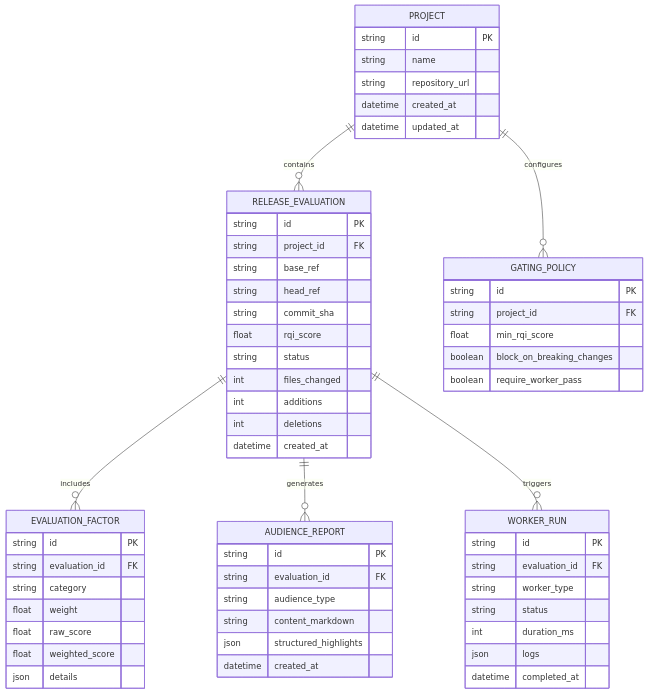
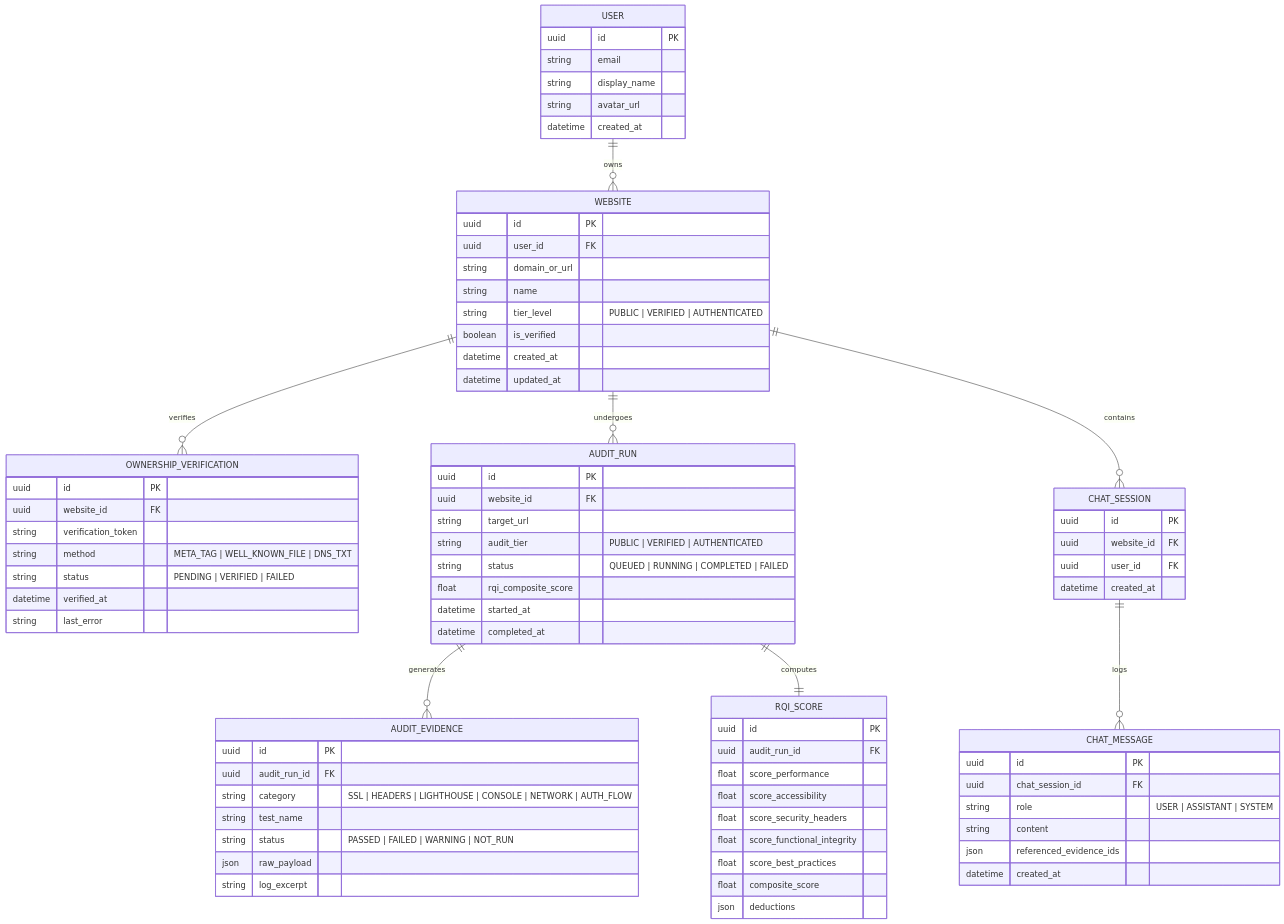
Before and after one commit to skandachandrashekar335-wq/ReleaseLens: the diagram in docs/DATA_MODEL.md, drawn with Mermaid. The commit also changed other lines of this file and 12 other files, not shown here.

Commit message:
docs: synchronize complete architecture and specs to cloud website auditing platform

````diff
--- a/docs/DATA_MODEL.md
+++ b/docs/DATA_MODEL.md
@@ -10,67 +10,88 @@
 ```mermaid
 erDiagram
-    PROJECT ||--o{ RELEASE_EVALUATION : contains
-    RELEASE_EVALUATION ||--o{ EVALUATION_FACTOR : includes
-    RELEASE_EVALUATION ||--o{ AUDIENCE_REPORT : generates
-    RELEASE_EVALUATION ||--o{ WORKER_RUN : triggers
-    PROJECT ||--o{ GATING_POLICY : configures
+    USER ||--o{ WEBSITE : owns
+    WEBSITE ||--o{ OWNERSHIP_VERIFICATION : verifies
+    WEBSITE ||--o{ AUDIT_RUN : undergoes
+    AUDIT_RUN ||--o{ AUDIT_EVIDENCE : generates
+    AUDIT_RUN ||--|| RQI_SCORE : computes
+    WEBSITE ||--o{ CHAT_SESSION : contains
+    CHAT_SESSION ||--o{ CHAT_MESSAGE : logs
 
-    PROJECT {
-        string id PK
+    USER {
+        uuid id PK
+        string email
+        string display_name
+        string avatar_url
+        datetime created_at
+    }
+
+    WEBSITE {
+        uuid id PK
+        uuid user_id FK
+        string domain_or_url
         string name
-        string repository_url
+        string tier_level "PUBLIC | VERIFIED | AUTHENTICATED"
+        boolean is_verified
         datetime created_at
         datetime updated_at
     }
 
-    RELEASE_EVALUATION {
-        string id PK
-        string project_id FK
-        string base_ref
-        string head_ref
-        string commit_sha
-        float rqi_score
-        string status
-        int files_changed
-        int additions
-        int deletions
+    OWNERSHIP_VERIFICATION {
+        uuid id PK
+        uuid website_id FK
+        string verification_token
+        string method "META_TAG | WELL_KNOWN_FILE | DNS_TXT"
+        string status "PENDING | VERIFIED | FAILED"
+        datetime verified_at
+        string last_error
+    }
+
+    AUDIT_RUN {
+        uuid id PK
+        uuid website_id FK
+        string target_url
+        string audit_tier "PUBLIC | VERIFIED | AUTHENTICATED"
+        string status "QUEUED | RUNNING | COMPLETED | FAILED"
+        float rqi_composite_score
+        datetime started_at
+        datetime completed_at
+    }
+
+    RQI_SCORE {
+        uuid id PK
+        uuid audit_run_id FK
+        float score_performance
+        float score_accessibility
+        float score_security_headers
+        float score_functional_integrity
+        float score_best_practices
+        float composite_score
+        json deductions
+    }
+
+    AUDIT_EVIDENCE {
+        uuid id PK
+        uuid audit_run_id FK
+        string category "SSL | HEADERS | LIGHTHOUSE | CONSOLE | NETWORK | AUTH_FLOW"
+        string test_name
+        string status "PASSED | FAILED | WARNING | NOT_RUN"
+        json raw_payload
+        string log_excerpt
+    }
+
+    CHAT_SESSION {
+        uuid id PK
+        uuid website_id FK
+        uuid user_id FK
         datetime created_at
     }
 
-    EVALUATION_FACTOR {
-        string id PK
-        string evaluation_id FK
-        string category
-        float weight
-        float raw_score
-        float weighted_score
-        json details
-    }
-
-    AUDIENCE_REPORT {
-        string id PK
-        string evaluation_id FK
-        string audience_type
-        string content_markdown
-        json structured_highlights
+    CHAT_MESSAGE {
+        uuid id PK
+        uuid chat_session_id FK
+        string role "USER | ASSISTANT | SYSTEM"
+        string content
+        json referenced_evidence_ids
         datetime created_at
     }
-
-    WORKER_RUN {
-        string id PK
-        string evaluation_id FK
-        string worker_type
-        string status
-        int duration_ms
-        json logs
-        datetime completed_at
-    }
-
-    GATING_POLICY {
-        string id PK
-        string project_id FK
-        float min_rqi_score
-        boolean block_on_breaking_changes
-        boolean require_worker_pass
-    }
 ```
````
